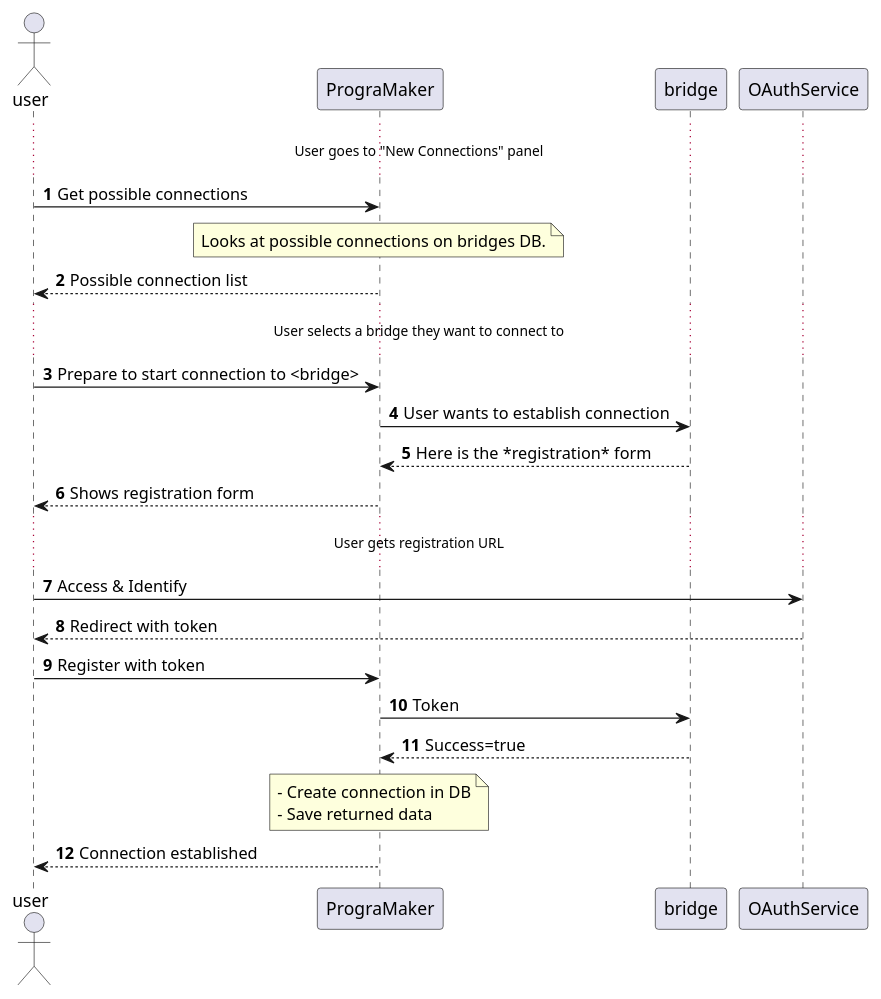
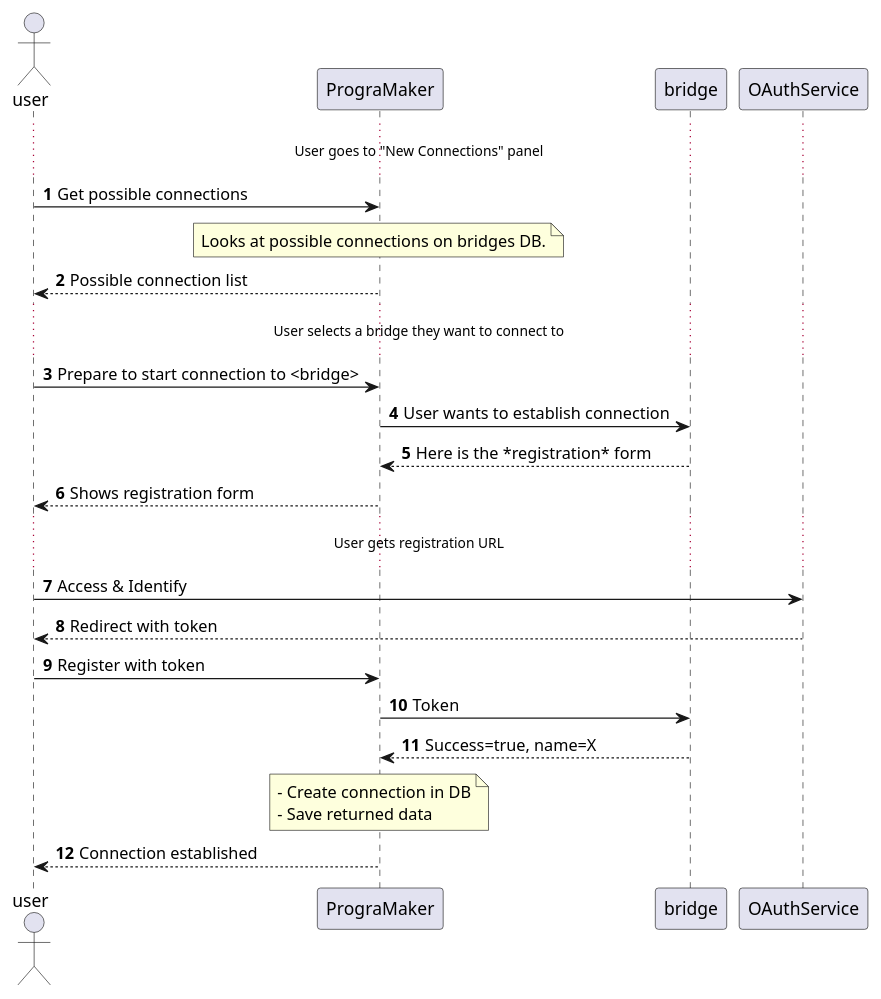
The diagram in docs/communications/sequence/registration/oauth-connection-establishment-internal.puml (programaker-project/Programaker-Core), drawn with PlantUML before and after one commit. The commit also changed 3 other files, not shown here.

```diff
--- a/docs/communications/sequence/registration/oauth-connection-establishment-internal.puml
+++ b/docs/communications/sequence/registration/oauth-connection-establishment-internal.puml
@@ -1,41 +1,41 @@
 @startuml oauth-connection-establishment-internal
 actor user
 participant PrograMaker as pm
 participant bridge
 participant OAuthService as oauth
 
 autonumber
 
 ... User goes to "New Connections" panel ...
 user -> pm : Get possible connections
 
 note over pm 
     Looks at possible connections on bridges DB.
 end note
 
 user <-- pm : Possible connection list
 
 ... User selects a bridge they want to connect to ...
 
 user -> pm : Prepare to start connection to <bridge>
 pm -> bridge : User wants to establish connection
 pm <-- bridge : Here is the *registration* form
 user <-- pm : Shows registration form
 
 ... User gets registration URL ...
 
 user -> oauth : Access & Identify
 user <-- oauth : Redirect with token
 
 user -> pm : Register with token
 pm -> bridge : Token
-pm <-- bridge : Success=true
+pm <-- bridge : Success=true, name=X
 
 note over pm
     - Create connection in DB
     - Save returned data
 end note
 
 user <-- pm : Connection established
 
 @enduml
```
